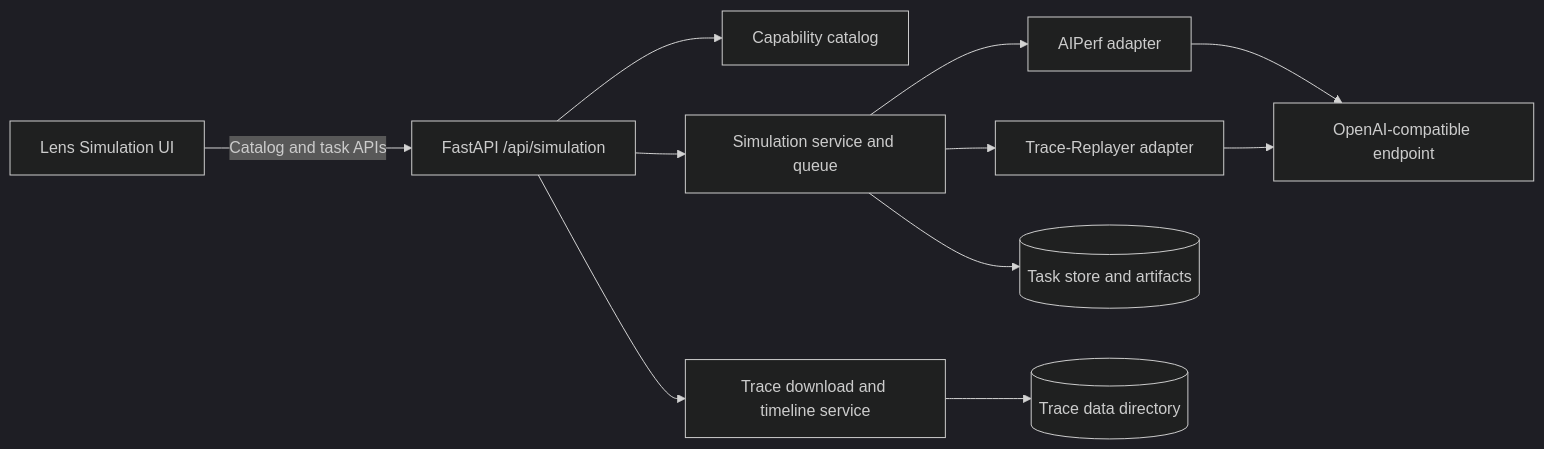
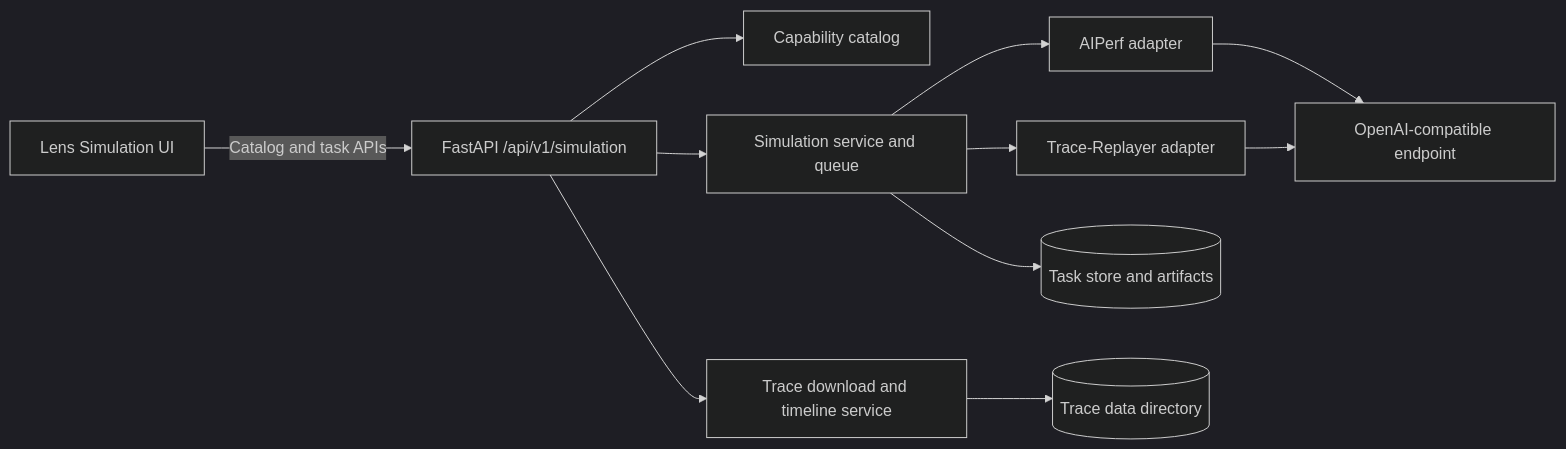
The first of 3 diagrams in docs/design/simulation-design.md (joshuayao/llm-d-lens), drawn with Mermaid (dark theme) before and after one commit. The commit also changed other lines of this file and 179 other files, not shown here.

````diff
--- a/docs/design/simulation-design.md
+++ b/docs/design/simulation-design.md
@@ -45,13 +45,13 @@
 ```mermaid
 flowchart LR
-    UI[Lens Simulation UI] -->|Catalog and task APIs| API[FastAPI /api/simulation]
+    UI[Lens Simulation UI] -->|Catalog and task APIs| API[FastAPI /api/v1/simulation]
     API --> C[Capability catalog]
     API --> S[Simulation service and queue]
     API --> D[Trace download and timeline service]
     S --> A[AIPerf adapter]
     S --> R[Trace-Replayer adapter]
     A --> E[OpenAI-compatible endpoint]
     R --> E
     S --> FS[(Task store and artifacts)]
     D --> TS[(Trace data directory)]
 ```
````
